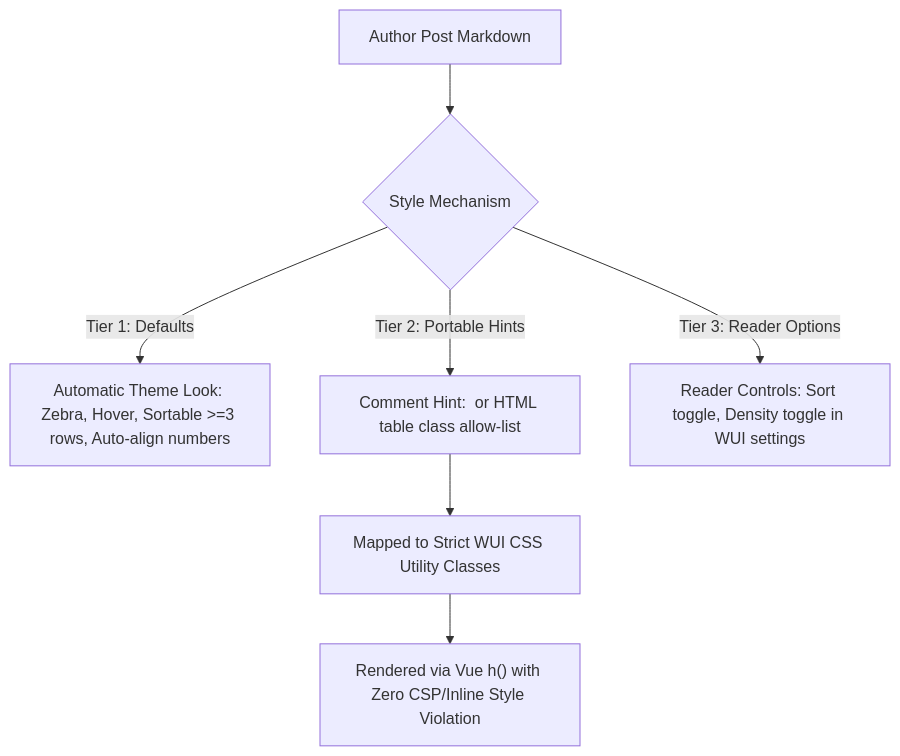
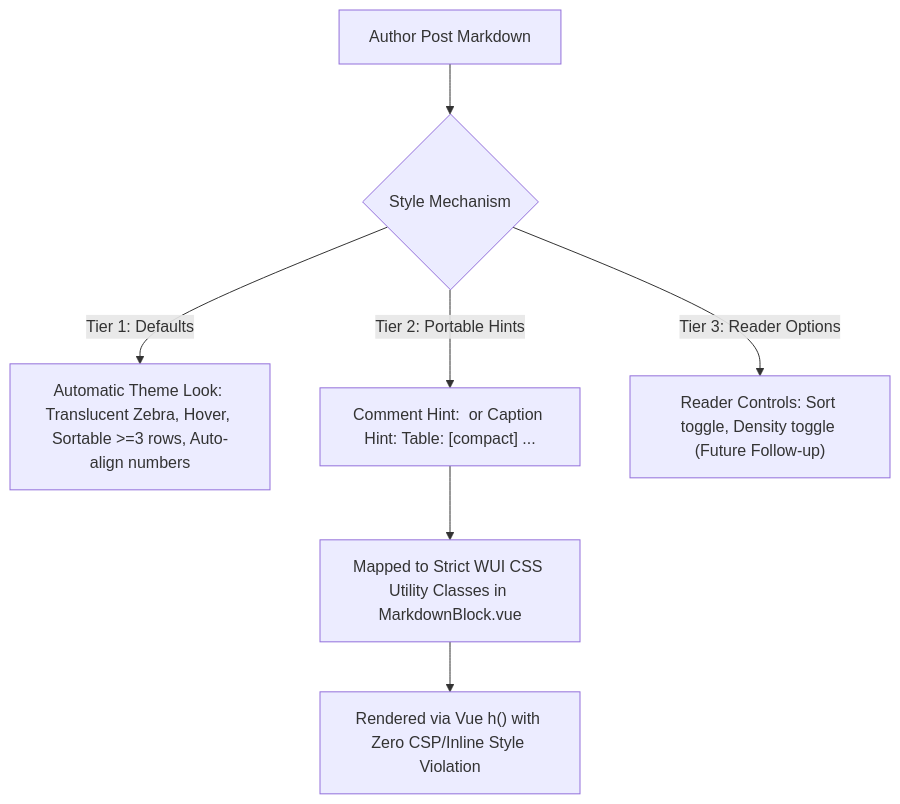
Before and after one commit to csitea/csi-spl: the diagram in csi-spl-doc/doc/md/md-tables-panel-plan.md, drawn with Mermaid. The commit also changed other lines of this file, not shown here.

First line of the commit message:
docs(doc, SPL-2466): markdown tables in posts panel editor plan v1.0

````diff
--- a/csi-spl-doc/doc/md/md-tables-panel-plan.md
+++ b/csi-spl-doc/doc/md/md-tables-panel-plan.md
@@ -145,9 +164,9 @@
 ```mermaid
 flowchart TD
   A["Author Post Markdown"] --> B{"Style Mechanism"}
-  B -->|"Tier 1: Defaults"| C["Automatic Theme Look: Zebra, Hover, Sortable >=3 rows, Auto-align numbers"]
-  B -->|"Tier 2: Portable Hints"| D["Comment Hint: <!-- table: compact, no-sort --> or HTML table class allow-list"]
-  B -->|"Tier 3: Reader Options"| E["Reader Controls: Sort toggle, Density toggle in WUI settings"]
-  D --> F["Mapped to Strict WUI CSS Utility Classes"]
+  B -->|"Tier 1: Defaults"| C["Automatic Theme Look: Translucent Zebra, Hover, Sortable >=3 rows, Auto-align numbers"]
+  B -->|"Tier 2: Portable Hints"| D["Comment Hint: <!-- table: compact, no-sort --> or Caption Hint: Table: [compact] ..."]
+  B -->|"Tier 3: Reader Options"| E["Reader Controls: Sort toggle, Density toggle (Future Follow-up)"]
+  D --> F["Mapped to Strict WUI CSS Utility Classes in MarkdownBlock.vue"]
   F --> G["Rendered via Vue h() with Zero CSP/Inline Style Violation"]
 ```
````
